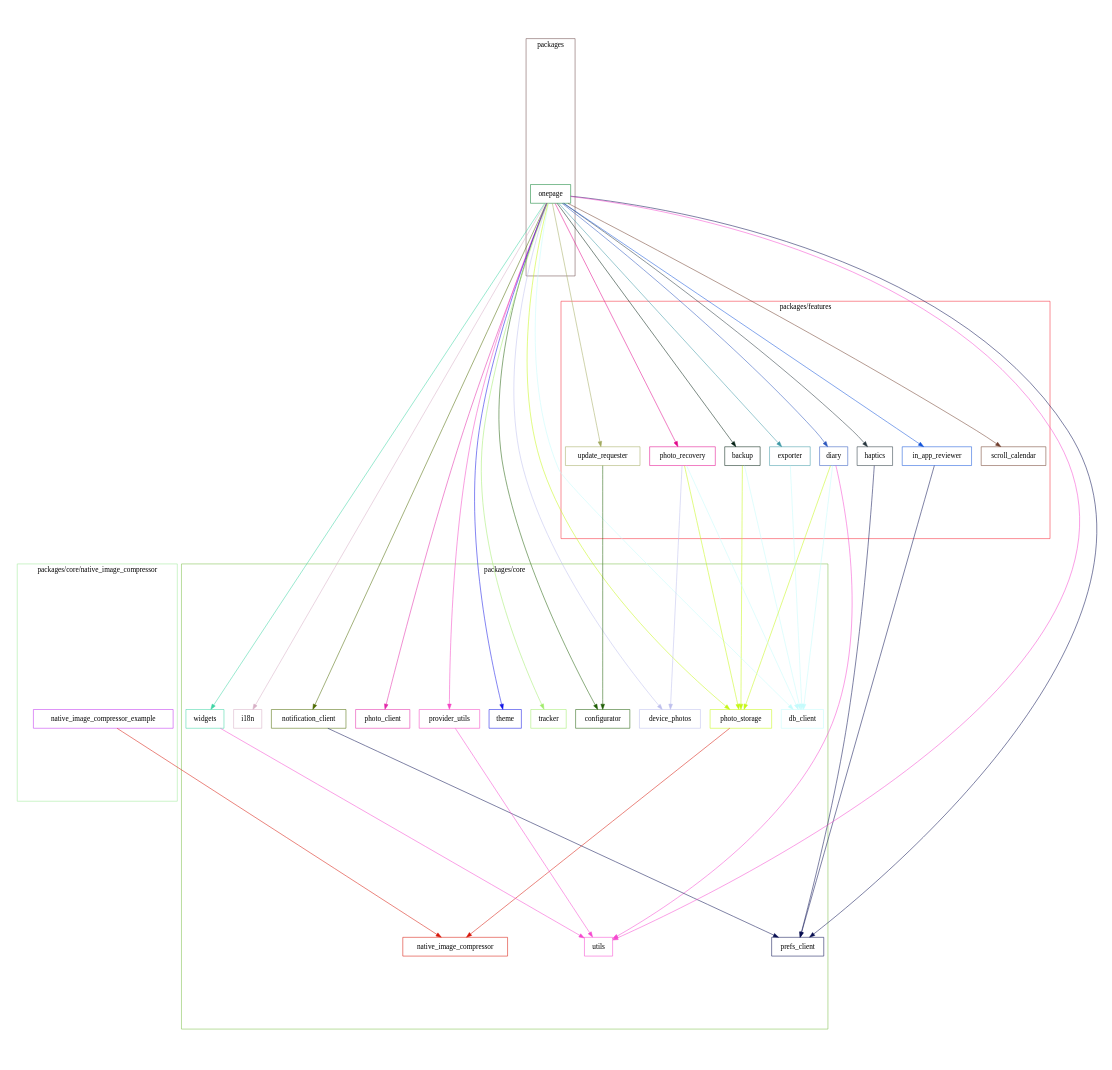
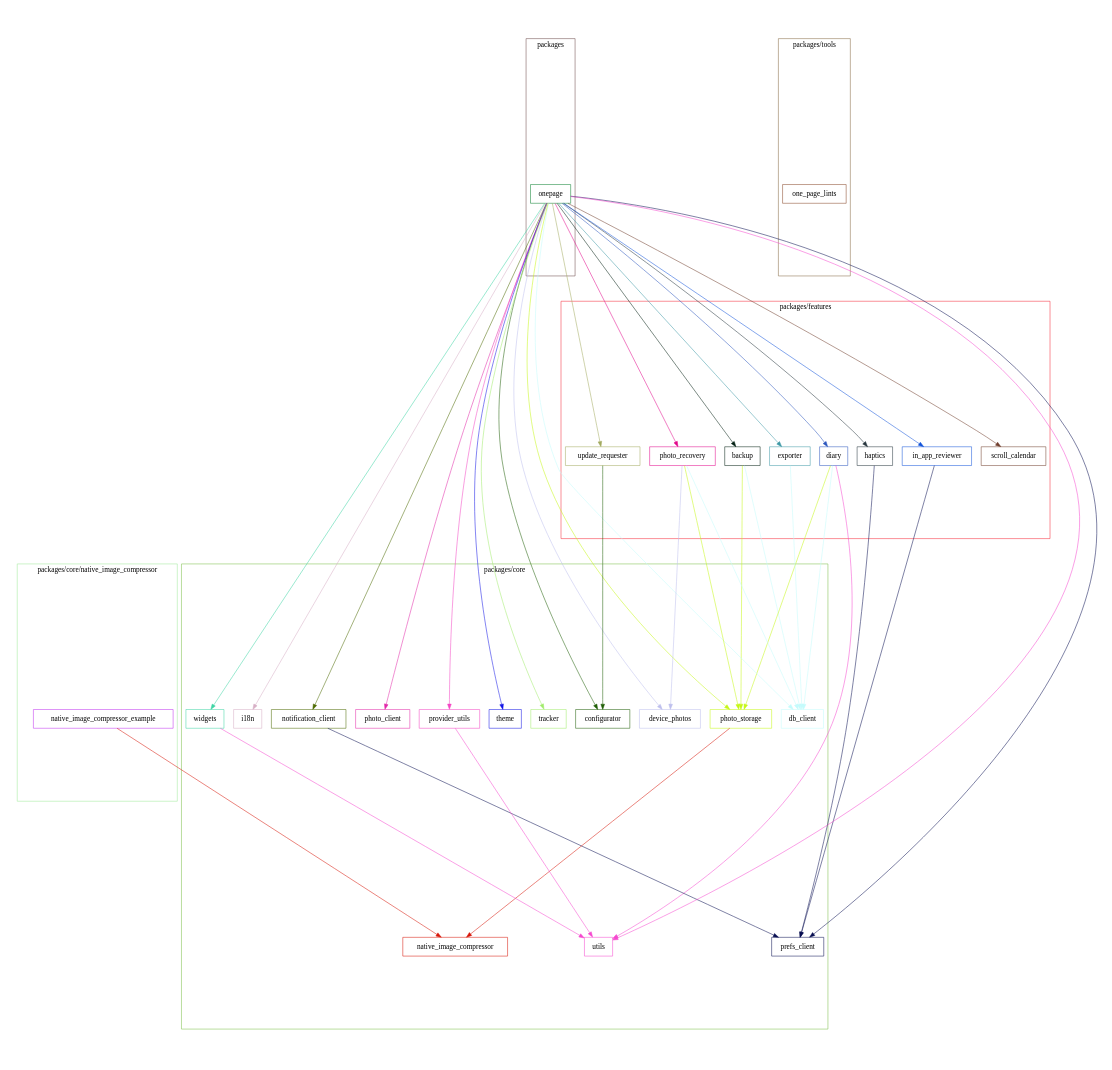
Before and after one commit to naipaka/onepage: the diagram in docs/dependency_graph.dot, drawn with Graphviz. The commit also changed 1 other file, not shown here.

Commit message:
Update Dependency Graph and SVG image (#335)

```diff
--- a/docs/dependency_graph.dot
+++ b/docs/dependency_graph.dot
@@ -1,105 +1,111 @@
 digraph packages {
   size="10"; ratio=fill;
   backup [shape="box"; color="#022013"];
   configurator [shape="box"; color="#205f06"];
   db_client [shape="box"; color="#c4fbfc"];
   device_photos [shape="box"; color="#bebfed"];
   diary [shape="box"; color="#2c56bd"];
   exporter [shape="box"; color="#3e99a6"];
   haptics [shape="box"; color="#26343c"];
   i18n [shape="box"; color="#d7afc5"];
   in_app_reviewer [shape="box"; color="#1253da"];
   native_image_compressor [shape="box"; color="#d71507"];
   native_image_compressor_example [shape="box"; color="#c031ef"];
   notification_client [shape="box"; color="#4d6b02"];
+  one_page_lints [shape="box"; color="#884728"];
   onepage [shape="box"; color="#08802d"];
   photo_client [shape="box"; color="#e227a9"];
   photo_recovery [shape="box"; color="#e2078b"];
   photo_storage [shape="box"; color="#c6f715"];
   prefs_client [shape="box"; color="#080f51"];
   provider_utils [shape="box"; color="#f445c4"];
   scroll_calendar [shape="box"; color="#713e2e"];
   theme [shape="box"; color="#1214e6"];
   tracker [shape="box"; color="#a0eb6a"];
   update_requester [shape="box"; color="#a2aa60"];
   utils [shape="box"; color="#f548cf"];
   widgets [shape="box"; color="#3ed5a4"];
   backup -> db_client [style="filled"; color="#c4fbfc"];
   backup -> photo_storage [style="filled"; color="#c6f715"];
   diary -> db_client [style="filled"; color="#c4fbfc"];
   diary -> photo_storage [style="filled"; color="#c6f715"];
   diary -> utils [style="filled"; color="#f548cf"];
   exporter -> db_client [style="filled"; color="#c4fbfc"];
   haptics -> prefs_client [style="filled"; color="#080f51"];
   in_app_reviewer -> prefs_client [style="filled"; color="#080f51"];
   native_image_compressor_example -> native_image_compressor [style="filled"; color="#d71507"];
   notification_client -> prefs_client [style="filled"; color="#080f51"];
   onepage -> backup [style="filled"; color="#022013"];
   onepage -> configurator [style="filled"; color="#205f06"];
   onepage -> db_client [style="filled"; color="#c4fbfc"];
   onepage -> device_photos [style="filled"; color="#bebfed"];
   onepage -> diary [style="filled"; color="#2c56bd"];
   onepage -> exporter [style="filled"; color="#3e99a6"];
   onepage -> haptics [style="filled"; color="#26343c"];
   onepage -> i18n [style="filled"; color="#d7afc5"];
   onepage -> in_app_reviewer [style="filled"; color="#1253da"];
   onepage -> notification_client [style="filled"; color="#4d6b02"];
   onepage -> photo_client [style="filled"; color="#e227a9"];
   onepage -> photo_recovery [style="filled"; color="#e2078b"];
   onepage -> photo_storage [style="filled"; color="#c6f715"];
   onepage -> prefs_client [style="filled"; color="#080f51"];
   onepage -> provider_utils [style="filled"; color="#f445c4"];
   onepage -> scroll_calendar [style="filled"; color="#713e2e"];
   onepage -> theme [style="filled"; color="#1214e6"];
   onepage -> tracker [style="filled"; color="#a0eb6a"];
   onepage -> update_requester [style="filled"; color="#a2aa60"];
   onepage -> utils [style="filled"; color="#f548cf"];
   onepage -> widgets [style="filled"; color="#3ed5a4"];
   photo_recovery -> db_client [style="filled"; color="#c4fbfc"];
   photo_recovery -> device_photos [style="filled"; color="#bebfed"];
   photo_recovery -> photo_storage [style="filled"; color="#c6f715"];
   photo_storage -> native_image_compressor [style="filled"; color="#d71507"];
   provider_utils -> utils [style="filled"; color="#f548cf"];
   update_requester -> configurator [style="filled"; color="#205f06"];
   widgets -> utils [style="filled"; color="#f548cf"];
   subgraph "cluster packages/features" {
     label="packages/features";
     color="#f62736";
     backup;
     diary;
     exporter;
     haptics;
     in_app_reviewer;
     photo_recovery;
     scroll_calendar;
     update_requester;
   }
   subgraph "cluster packages/core" {
     label="packages/core";
     color="#7bbd47";
     configurator;
     db_client;
     device_photos;
     i18n;
     native_image_compressor;
     notification_client;
     photo_client;
     photo_storage;
     prefs_client;
     provider_utils;
     theme;
     tracker;
     utils;
     widgets;
   }
   subgraph "cluster packages/core/native_image_compressor" {
     label="packages/core/native_image_compressor";
     color="#9fe999";
     native_image_compressor_example;
   }
+  subgraph "cluster packages/tools" {
+    label="packages/tools";
+    color="#866843";
+    one_page_lints;
+  }
   subgraph "cluster packages" {
     label="packages";
     color="#6b4949";
     onepage;
   }
 }
```
